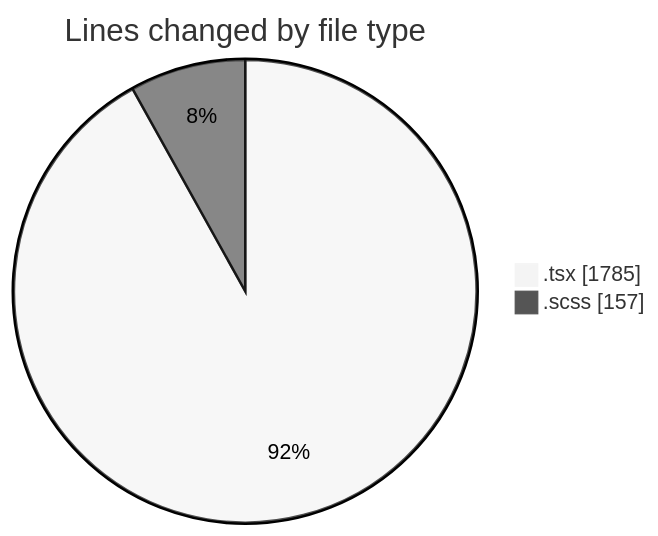
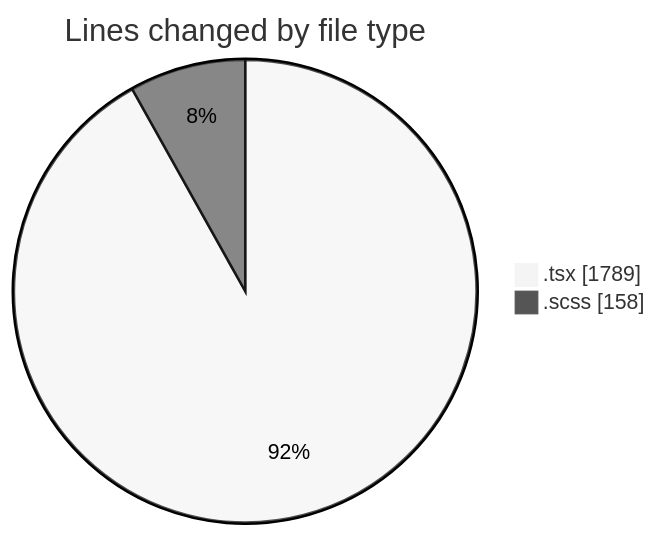
One commit to momahboobian/code-tracking changed the first of 2 diagrams in 2025-04-07/cda/README.md. Above: the diagram before and after it, drawn with Mermaid (neutral theme). The commit also changed other lines of this file and 1 other file, not shown here.

````diff
--- a/2025-04-07/cda/README.md
+++ b/2025-04-07/cda/README.md
@@ -26,6 +26,6 @@
 ```mermaid
 pie showData
 title Lines changed by file type
-".tsx" : 1785
-".scss" : 157
+".tsx" : 1789
+".scss" : 158
 ```
````
